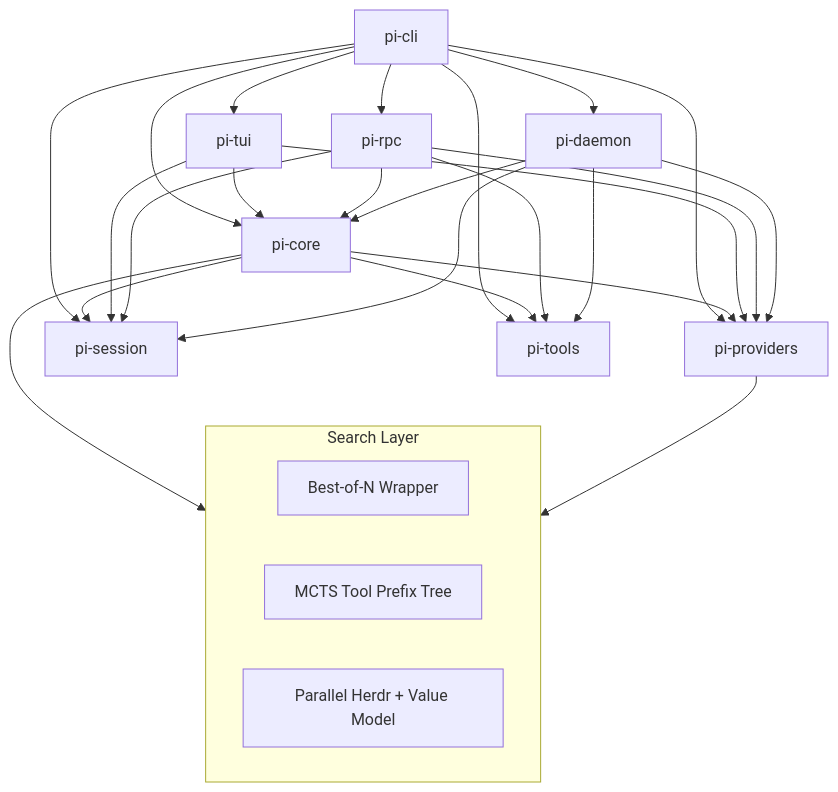
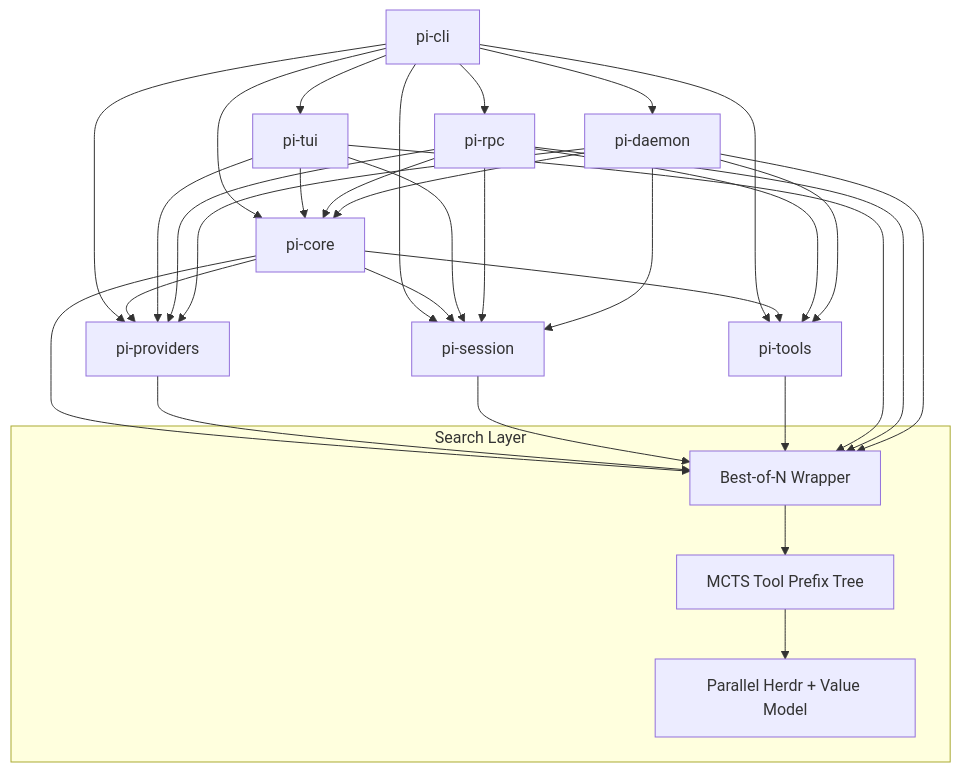
Before and after one commit to factnest365-ops/pi-rust: the diagram in SPEC.md, drawn with Mermaid. The commit also changed other lines of this file, not shown here.

````diff
--- a/SPEC.md
+++ b/SPEC.md
@@ -10,32 +5,39 @@
 ```mermaid
 graph TD
     A[pi-cli] --> B[pi-core]
     A --> C[pi-providers]
     A --> D[pi-session]
     A --> E[pi-tools]
     A --> F[pi-tui]
     A --> G[pi-rpc]
     A --> H[pi-daemon]
     B --> C
     B --> D
     B --> E
     F --> B
     F --> C
     F --> D
     G --> B
     G --> C
     G --> D
     G --> E
     H --> B
     H --> C
     H --> D
     H --> E
 
     subgraph Search["Search Layer"]
         S1[Best-of-N Wrapper]
         S2[MCTS Tool Prefix Tree]
         S3[Parallel Herdr + Value Model]
     end
-    B --> Search
-    C --> Search
+    B --> S1
+    C --> S1
+    D --> S1
+    E --> S1
+    F --> S1
+    G --> S1
+    H --> S1
+    S1 --> S2
+    S2 --> S3
 ```
````
